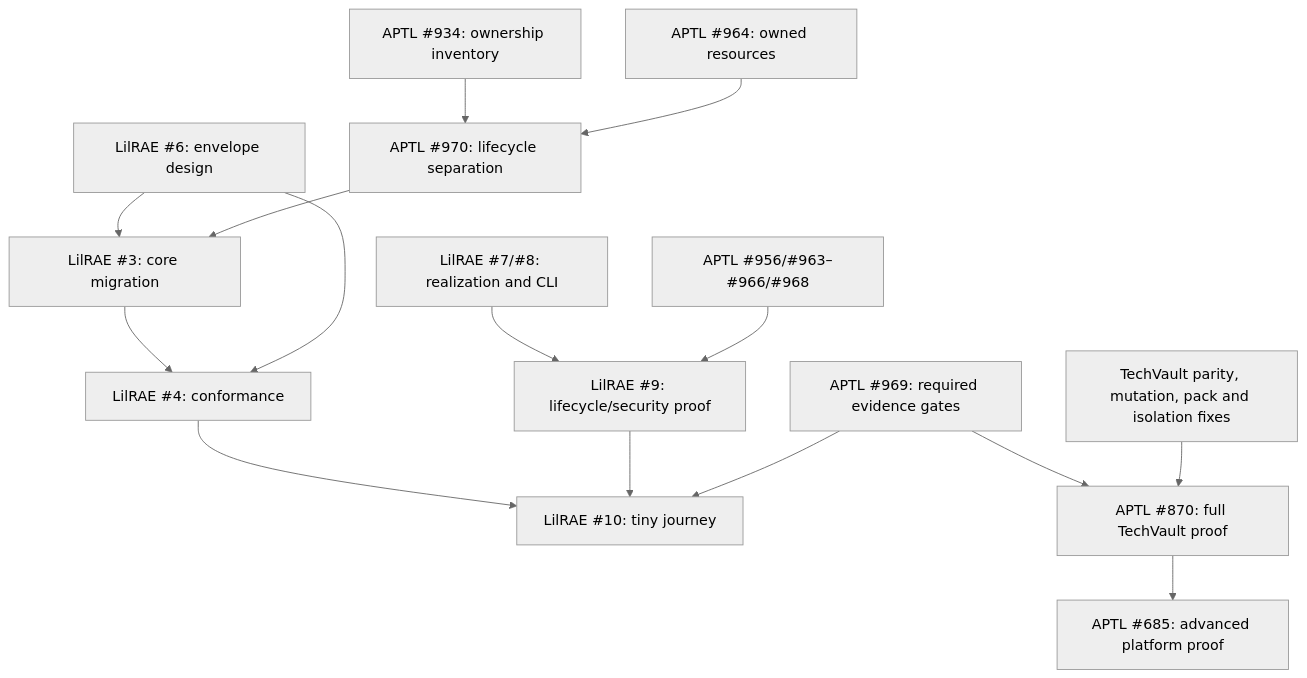
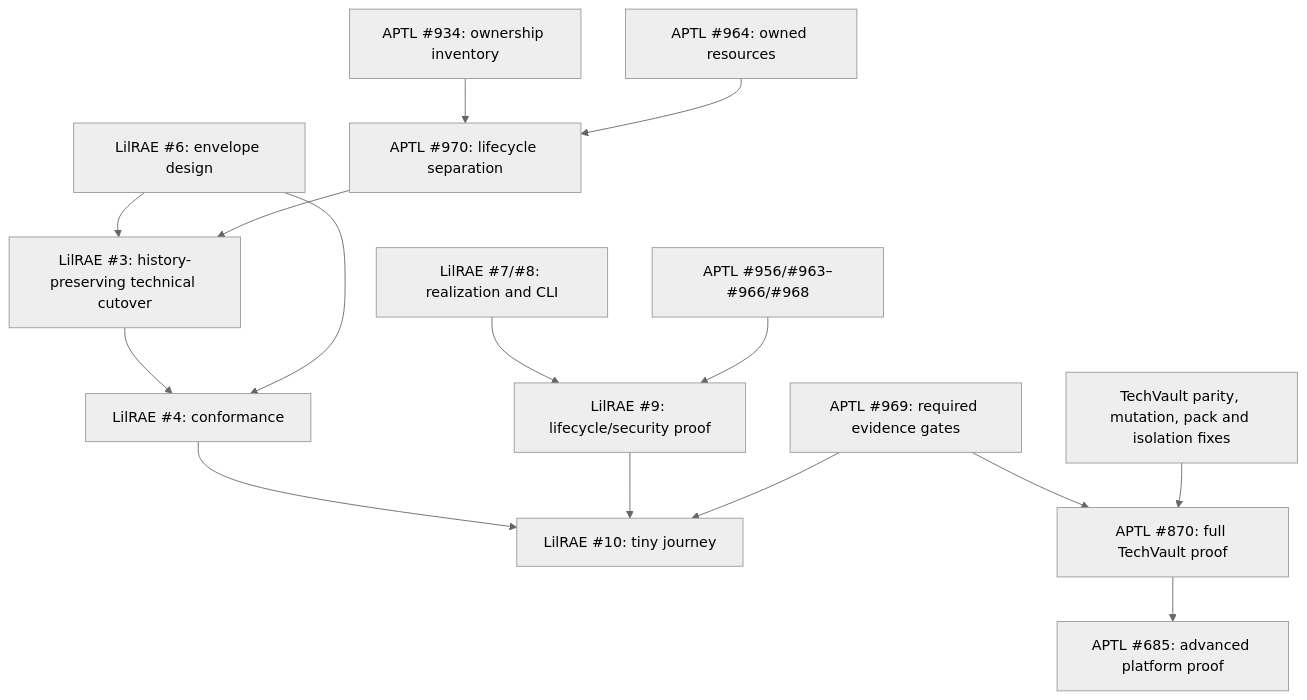
One commit to Brad-Edwards/aptl changed the diagram in docs/reviews/962-lilrae-readiness/delivery-plan.md. Above: the diagram before and after it, drawn with Mermaid (neutral theme). The commit also changed other lines of this file and 14 other files, not shown here.

Commit message:
docs: audit APTL-to-LilRAE rename boundary

````diff
--- a/docs/reviews/962-lilrae-readiness/delivery-plan.md
+++ b/docs/reviews/962-lilrae-readiness/delivery-plan.md
@@ -32,17 +33,17 @@
 ```mermaid
 flowchart TD
-    envelope["LilRAE #6: envelope design"] --> migration["LilRAE #3: core migration"]
+    envelope["LilRAE #6: envelope design"] --> migration["LilRAE #3: history-preserving technical cutover"]
     inventory["APTL #934: ownership inventory"] --> core["APTL #970: lifecycle separation"]
     ownership["APTL #964: owned resources"] --> core
     core --> migration
     migration --> conformance["LilRAE #4: conformance"]
     envelope --> conformance
     lifecycle["LilRAE #7/#8: realization and CLI"] --> security["LilRAE #9: lifecycle/security proof"]
     defects["APTL #956/#963–#966/#968"] --> security
     conformance --> tiny["LilRAE #10: tiny journey"]
     security --> tiny
     gates["APTL #969: required evidence gates"] --> tiny
     gates --> advanced["APTL #870: full TechVault proof"]
     advancedfixes["TechVault parity, mutation, pack and isolation fixes"] --> advanced
     advanced --> platforms["APTL #685: advanced platform proof"]
 ```
````
